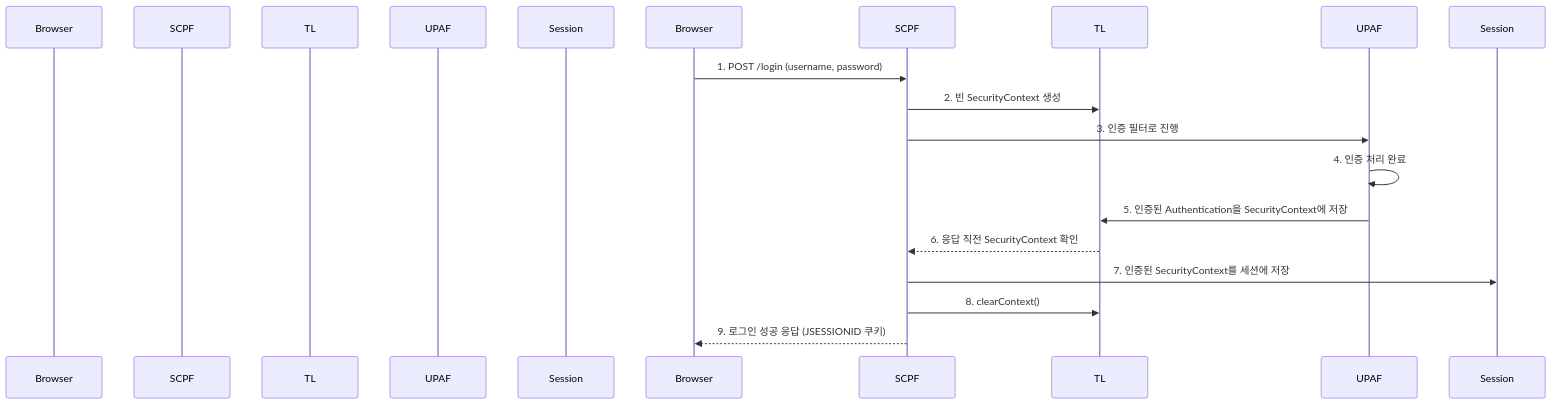
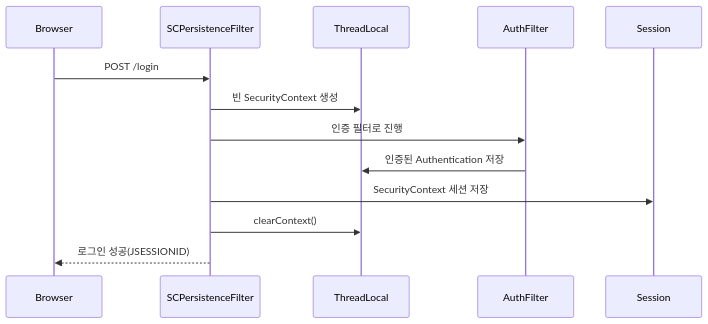
The third of 5 diagrams in _posts/security/2021-05-26-SecurityContextPersistentFilter.md (yjkim2015/yjkim2015.github.io), drawn with Mermaid before and after one commit. The commit also changed other lines of this file and 215 other files, not shown here.

First line of the commit message:
신규 포스트 10개 추가 + Mermaid 전면 축소 + SystemDesign 시리즈 보강

````diff
--- a/_posts/security/2021-05-26-SecurityContextPersistentFilter.md
+++ b/_posts/security/2021-05-26-SecurityContextPersistentFilter.md
@@ -62,18 +53,15 @@
 ```mermaid
 sequenceDiagram
-    participant "브라우저" as Browser
-    participant "SecurityContextPersistenceFilter" as SCPF
-    participant "ThreadLocal" as TL
-    participant "UsernamePasswordAuthFilter" as UPAF
-    participant "세션" as Session
-
-    Browser->>SCPF: 1. POST /login (username, password)
-    SCPF->>TL: 2. 빈 SecurityContext 생성
-    SCPF->>UPAF: 3. 인증 필터로 진행
-    UPAF->>UPAF: 4. 인증 처리 완료
-    UPAF->>TL: 5. 인증된 Authentication을 SecurityContext에 저장
-    TL-->>SCPF: 6. 응답 직전 SecurityContext 확인
-    SCPF->>Session: 7. 인증된 SecurityContext를 세션에 저장
-    SCPF->>TL: 8. clearContext()
-    SCPF-->>Browser: 9. 로그인 성공 응답 (JSESSIONID 쿠키)
+    participant B as Browser
+    participant SCPF as SCPersistenceFilter
+    participant TL as ThreadLocal
+    participant UPAF as AuthFilter
+    participant S as Session
+    B->>SCPF: POST /login
+    SCPF->>TL: 빈 SecurityContext 생성
+    SCPF->>UPAF: 인증 필터로 진행
+    UPAF->>TL: 인증된 Authentication 저장
+    SCPF->>S: SecurityContext 세션 저장
+    SCPF->>TL: clearContext()
+    SCPF-->>B: 로그인 성공(JSESSIONID)
 ```
````
